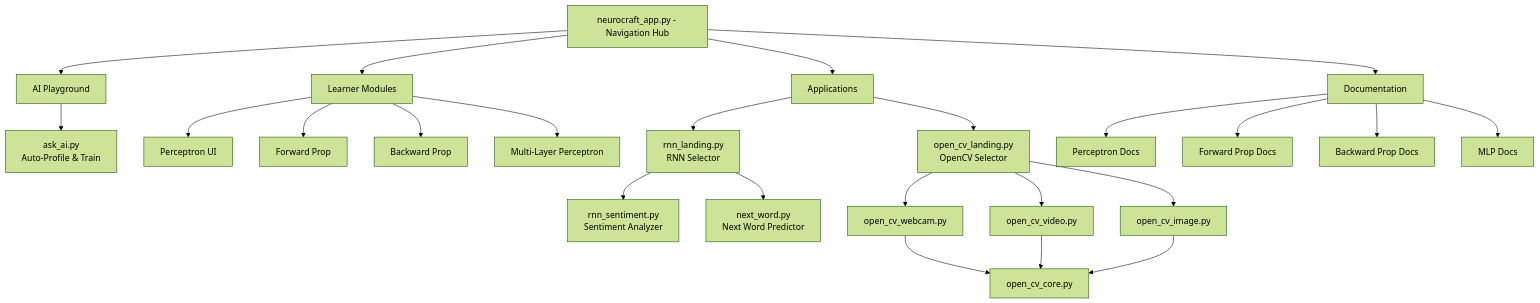
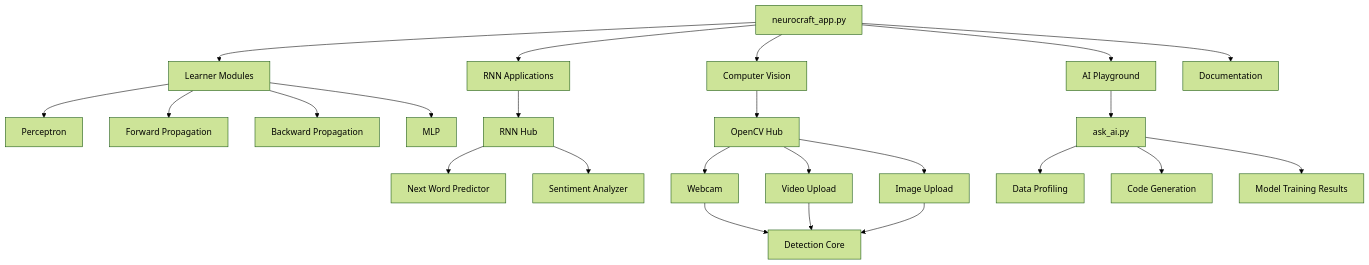
One commit to akshat24code/neurocraft changed the first of 2 diagrams in README.md. Above: the diagram before and after it, drawn with Mermaid (forest theme). The commit also changed other lines of this file and 1 other file, not shown here.

First line of the commit message:
Create a polished README with architecture diagrams and deployment guidance.

````diff
--- a/README.md
+++ b/README.md
@@ -149,33 +72,30 @@
 ```mermaid
 flowchart TB
-    A[neurocraft_app.py - Navigation Hub] --> AI[AI Playground]
-    A --> L[Learner Modules]
-    A --> APP[Applications]
-    A --> DOC[Documentation]
-    
-    AI --> ASKAI[ask_ai.py<br/>Auto-Profile & Train]
-    
-    L --> PERC[Perceptron UI]
-    L --> FWD[Forward Prop]
-    L --> BWD[Backward Prop]
-    L --> MLP[Multi-Layer Perceptron]
-    
-    APP --> RNNLAND[rnn_landing.py<br/>RNN Selector]
-    APP --> OPENCVLAND[open_cv_landing.py<br/>OpenCV Selector]
-    
-    RNNLAND --> SENTIMENT[rnn_sentiment.py<br/>Sentiment Analyzer]
-    RNNLAND --> NEXTWORD[next_word.py<br/>Next Word Predictor]
-    
-    OPENCVLAND --> WEBCAM[open_cv_webcam.py]
-    OPENCVLAND --> VIDEO[open_cv_video.py]
-    OPENCVLAND --> IMAGE[open_cv_image.py]
-    
-    WEBCAM --> DETECT[open_cv_core.py]
-    VIDEO --> DETECT
-    IMAGE --> DETECT
-    
-    DOC --> PERDOCS[Perceptron Docs]
-    DOC --> FWDDOCS[Forward Prop Docs]
-    DOC --> BWDDOCS[Backward Prop Docs]
-    DOC --> MLPDOCS[MLP Docs]
+    A[neurocraft_app.py] --> B[Learner Modules]
+    A --> C[RNN Applications]
+    A --> D[Computer Vision]
+    A --> E[AI Playground]
+    A --> F[Documentation]
+
+    B --> B1[Perceptron]
+    B --> B2[Forward Propagation]
+    B --> B3[Backward Propagation]
+    B --> B4[MLP]
+
+    C --> C1[RNN Hub]
+    C1 --> C2[Next Word Predictor]
+    C1 --> C3[Sentiment Analyzer]
+
+    D --> D1[OpenCV Hub]
+    D1 --> D2[Webcam]
+    D1 --> D3[Video Upload]
+    D1 --> D4[Image Upload]
+    D2 --> D5[Detection Core]
+    D3 --> D5
+    D4 --> D5
+
+    E --> E1[ask_ai.py]
+    E1 --> E2[Data Profiling]
+    E1 --> E3[Code Generation]
+    E1 --> E4[Model Training Results]
 ```
````
